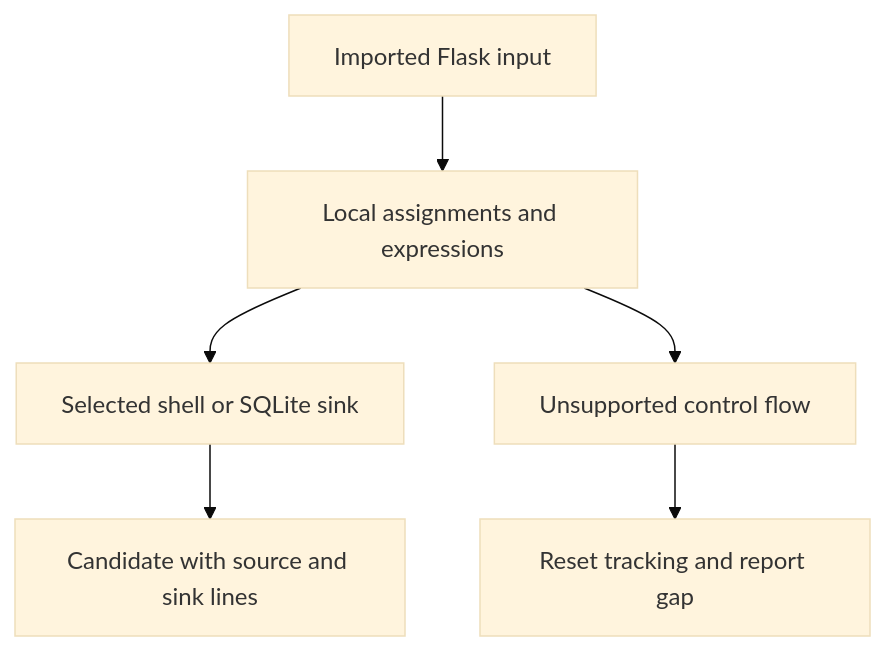
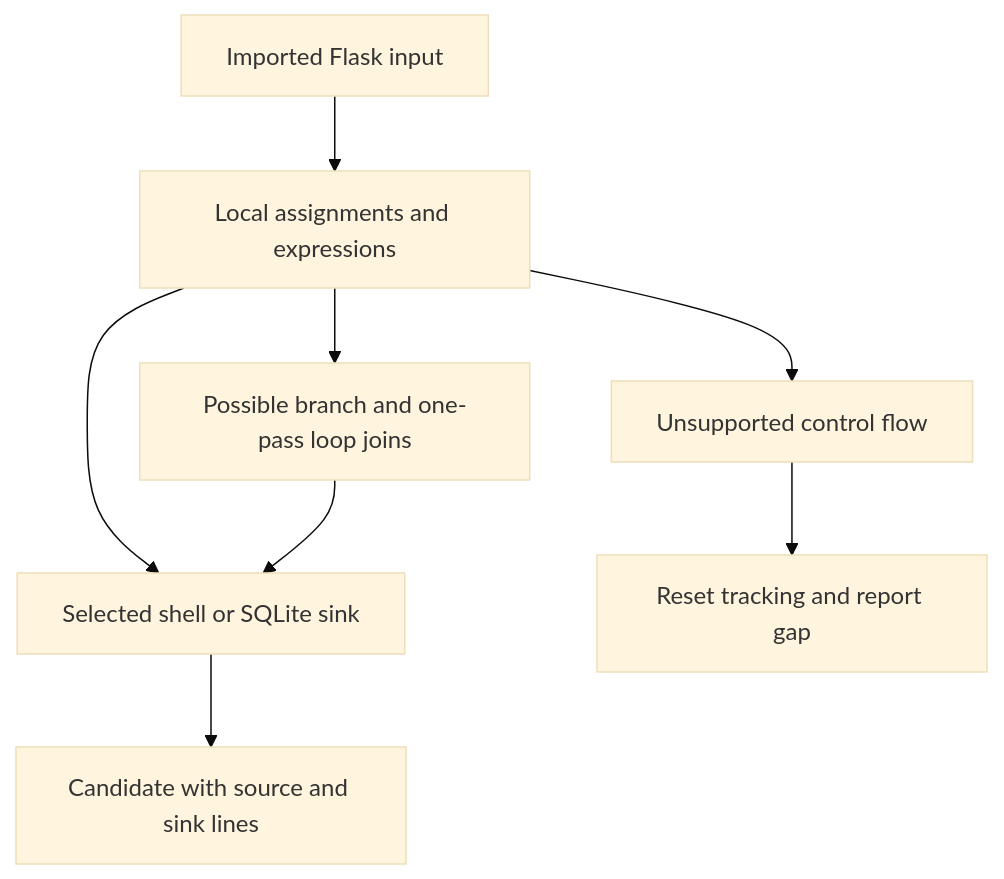
The diagram in docs/PYTHON_FLOW.md (MatthiasLew/ai-threat-lab), drawn with Mermaid (base theme) before and after one commit. The commit also changed other lines of this file and 23 other files, not shown here.

Commit message:
Add bounded Python branch joins and loop analysis (0.21.0)

````diff
--- a/docs/PYTHON_FLOW.md
+++ b/docs/PYTHON_FLOW.md
@@ -58,8 +70,10 @@
 ```mermaid
 flowchart TD
     A["Imported Flask input"] --> B["Local assignments and expressions"]
     B --> C["Selected shell or SQLite sink"]
+    B --> J["Possible branch and one-pass loop joins"]
+    J --> C
     B --> D["Unsupported control flow"]
     D --> E["Reset tracking and report gap"]
     C --> F["Candidate with source and sink lines"]
 ```
````
